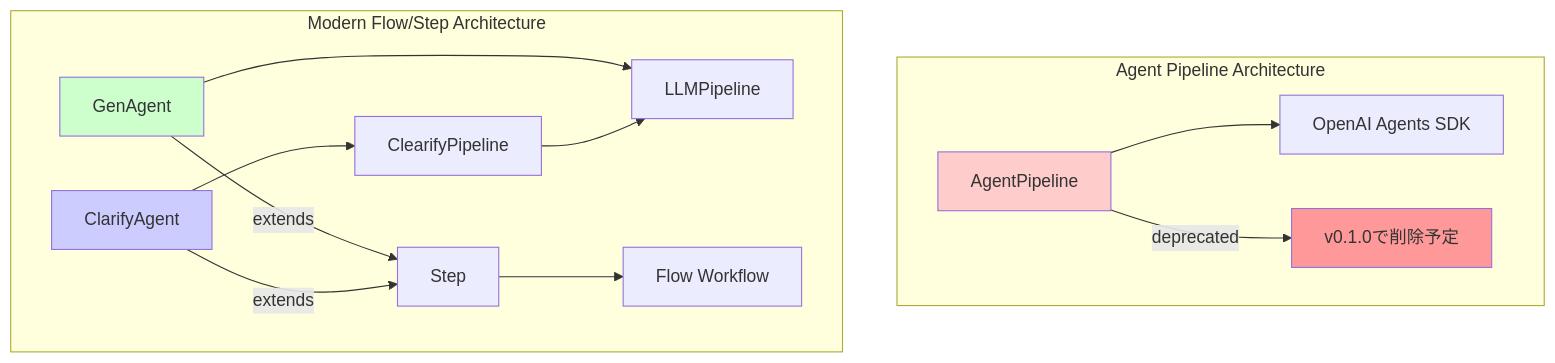
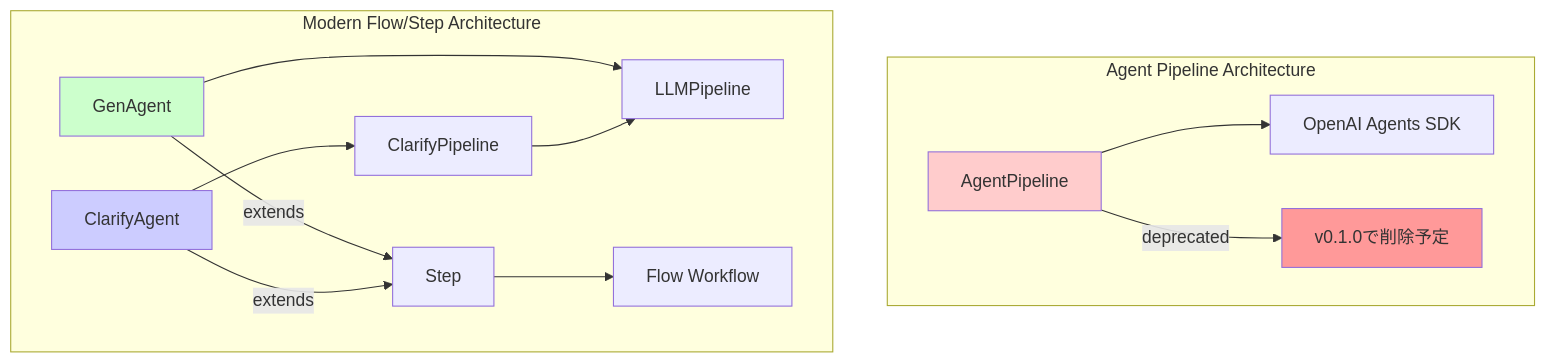
Before and after one commit to kitfactory/refinire: the diagram in summary_agents.md, drawn with Mermaid. The commit also changed other lines of this file and 45 other files, not shown here.

Commit message:
feat: 包括的なAgent単体実行機能とTrace検索システムの実装 - TraceRegistryシステムでFlow名Agent名による検索機能 - GenAgent、ClarifyAgent、LLMPipelineの単体実行対応 - インタラクティブAgent対話機能の強化 - 包括的なテストスイートとデモアプリケーション - 全AgentのFlow独立実行 - 日本語ドキュメント完備

````diff
--- a/summary_agents.md
+++ b/summary_agents.md
@@ -15,23 +15,23 @@
 ```mermaid
 graph TB
     subgraph "Agent Pipeline Architecture"
         AP[AgentPipeline] --> OAPISDK[OpenAI Agents SDK]
         AP --> |deprecated| Warning[v0.1.0で削除予定]
     end
     
     subgraph "Modern Flow/Step Architecture"
         GA[GenAgent] --> LLM[LLMPipeline]
-        CA[ClarifyAgent] --> CP[ClearifyPipeline]
+        CA[ClarifyAgent] --> CP[ClarifyPipeline]
         CP --> LLM
         
         GA --> |extends| Step
         CA --> |extends| Step
         
         Step --> Flow[Flow Workflow]
     end
     
     style AP fill:#ffcccc
     style Warning fill:#ff9999
     style GA fill:#ccffcc
     style CA fill:#ccccff
 ```
````
